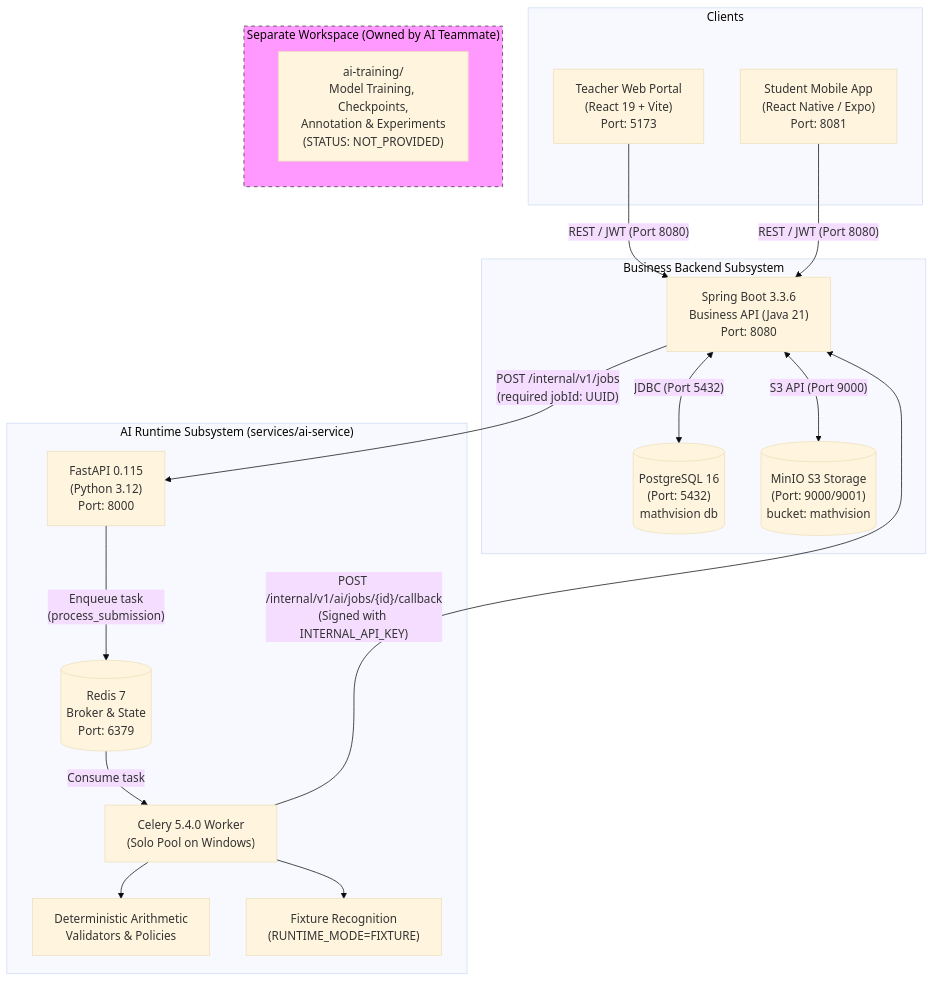
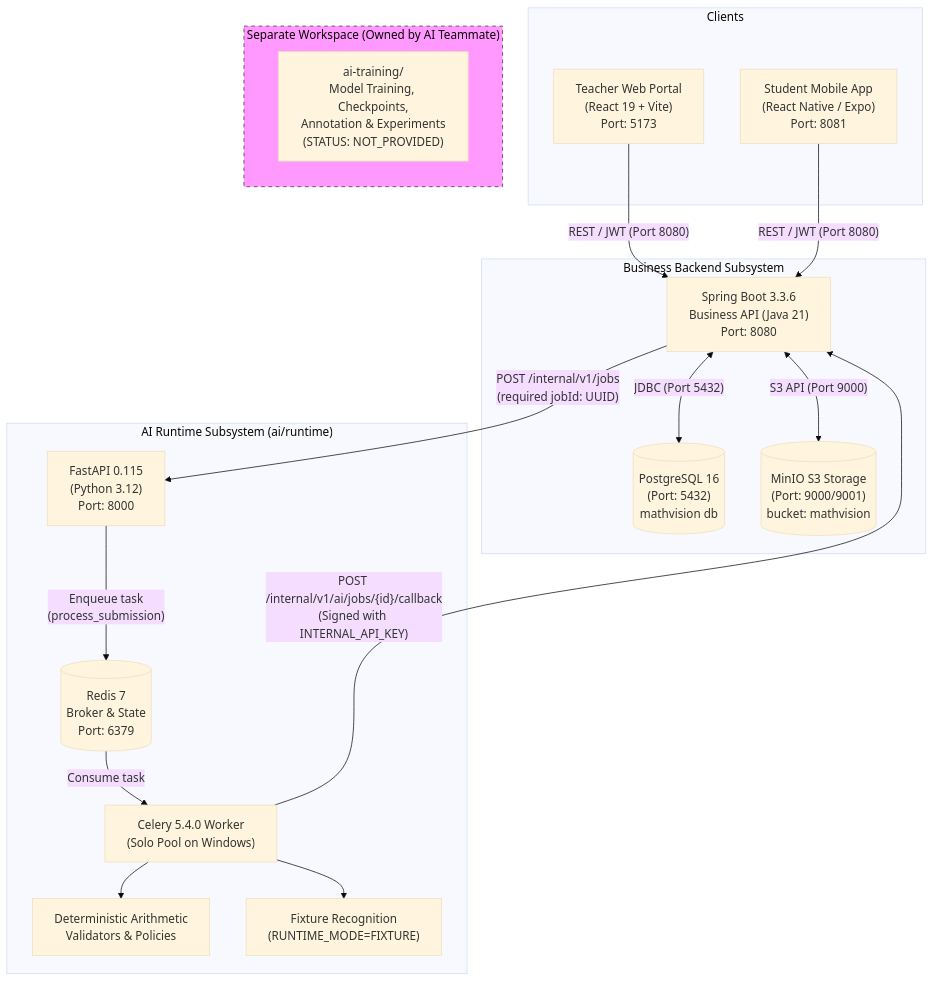
The diagram in docs/ARCHITECTURE_LOCAL_RUNTIME.md (NV-DuyManh/MathVisionKid), drawn with Mermaid (base theme) before and after one commit. The commit also changed other lines of this file and 405 other files, not shown here.

````diff
--- a/docs/ARCHITECTURE_LOCAL_RUNTIME.md
+++ b/docs/ARCHITECTURE_LOCAL_RUNTIME.md
@@ -9,40 +9,40 @@
 ```mermaid
 flowchart TD
     subgraph Clients["Clients"]
         TM["Teacher Web Portal<br/>(React 19 + Vite)<br/>Port: 5173"]
         SM["Student Mobile App<br/>(React Native / Expo)<br/>Port: 8081"]
     end
 
     subgraph BusinessBackend["Business Backend Subsystem"]
         SB["Spring Boot 3.3.6<br/>Business API (Java 21)<br/>Port: 8080"]
         PG[("PostgreSQL 16<br/>(Port: 5432)<br/>mathvision db")]
         MINIO[("MinIO S3 Storage<br/>(Port: 9000/9001)<br/>bucket: mathvision")]
     end
 
-    subgraph AISubsystem["AI Runtime Subsystem (services/ai-service)"]
+    subgraph AISubsystem["AI Runtime Subsystem (ai/runtime)"]
         FASTAPI["FastAPI 0.115<br/>(Python 3.12)<br/>Port: 8000"]
         REDIS[("Redis 7<br/>Broker & State<br/>Port: 6379")]
         CELERY["Celery 5.4.0 Worker<br/>(Solo Pool on Windows)"]
         VAL["Deterministic Arithmetic<br/>Validators & Policies"]
         RECOG["Fixture Recognition<br/>(RUNTIME_MODE=FIXTURE)"]
     end
 
     subgraph ExternalBoundary["Separate Workspace (Owned by AI Teammate)"]
         TRAIN["ai-training/<br/>Model Training, Checkpoints,<br/>Annotation & Experiments<br/>(STATUS: NOT_PROVIDED)"]
     end
 
     TM -->|"REST / JWT (Port 8080)"| SB
     SM -->|"REST / JWT (Port 8080)"| SB
     SB <-->|"JDBC (Port 5432)"| PG
     SB <-->|"S3 API (Port 9000)"| MINIO
     
     SB -->|"POST /internal/v1/jobs<br/>(required jobId: UUID)"| FASTAPI
     FASTAPI -->|"Enqueue task<br/>(process_submission)"| REDIS
     REDIS -->|"Consume task"| CELERY
     
     CELERY --> RECOG
     CELERY --> VAL
     CELERY -->|"POST /internal/v1/ai/jobs/{id}/callback<br/>(Signed with INTERNAL_API_KEY)"| SB
 
     style ExternalBoundary fill:#f9f,stroke:#333,stroke-width:1px,stroke-dasharray: 5 5
 ```
````
